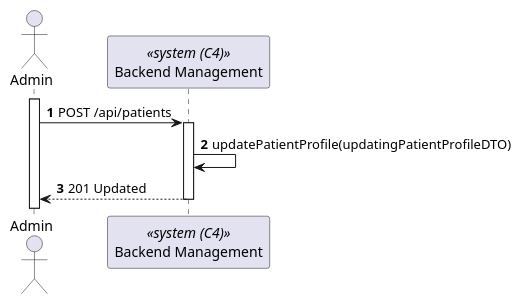
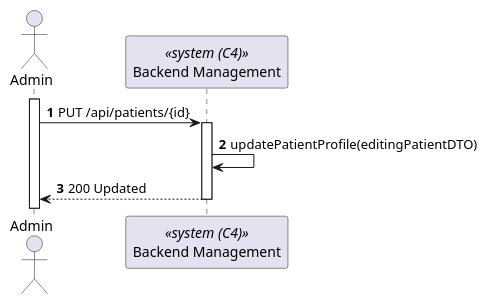
The diagram in docs/PatientProfileUpdate/views/level2/process-view.puml (Lapr5G21/sem5pi-24-25-3ddg21), drawn with PlantUML before and after one commit. The commit also changed 26 other files, not shown here.

```diff
--- a/docs/PatientProfileUpdate/views/level2/process-view.puml
+++ b/docs/PatientProfileUpdate/views/level2/process-view.puml
@@ -1,16 +1,16 @@
-@startuml Patient Profile Update (level 2)
+@startuml PatientProfileUpdate(level2)
 
 autonumber
 actor Admin as "Admin"
 participant SYS as "Backend Management" <<system (C4)>>
 
 activate Admin
-Admin -> SYS : POST /api/patients
+Admin -> SYS : PUT /api/patients/{id}
 activate SYS
 
-SYS -> SYS : updatePatientProfile(updatingPatientProfileDTO)
-SYS --> Admin : 201 Updated
+SYS -> SYS : updatePatientProfile(editingPatientDTO)
+SYS --> Admin : 200 Updated
 deactivate SYS
 
 
 @enduml
```
